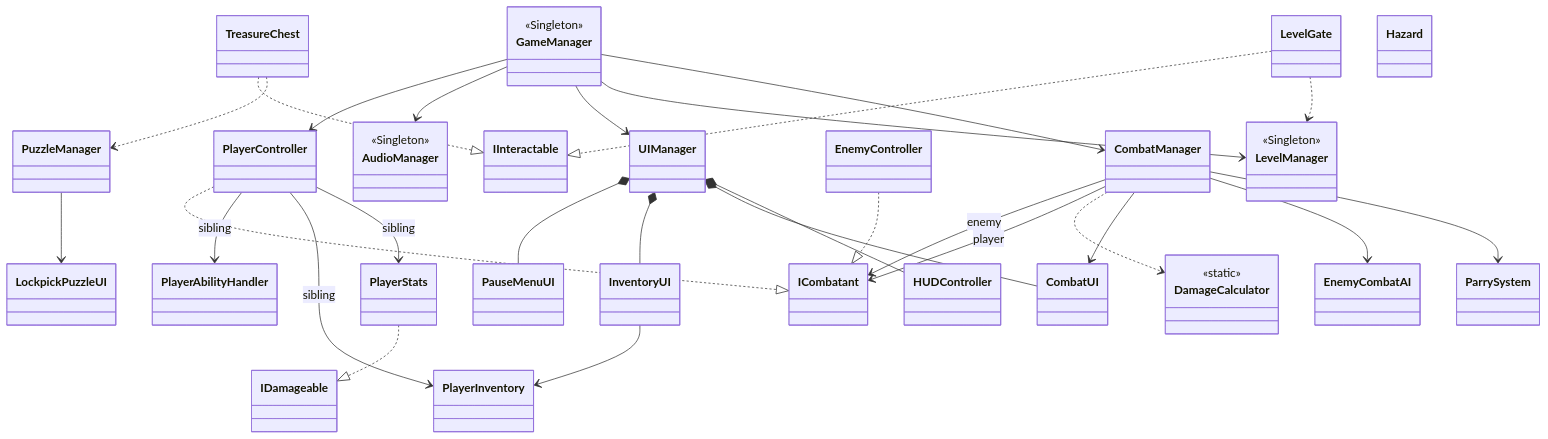
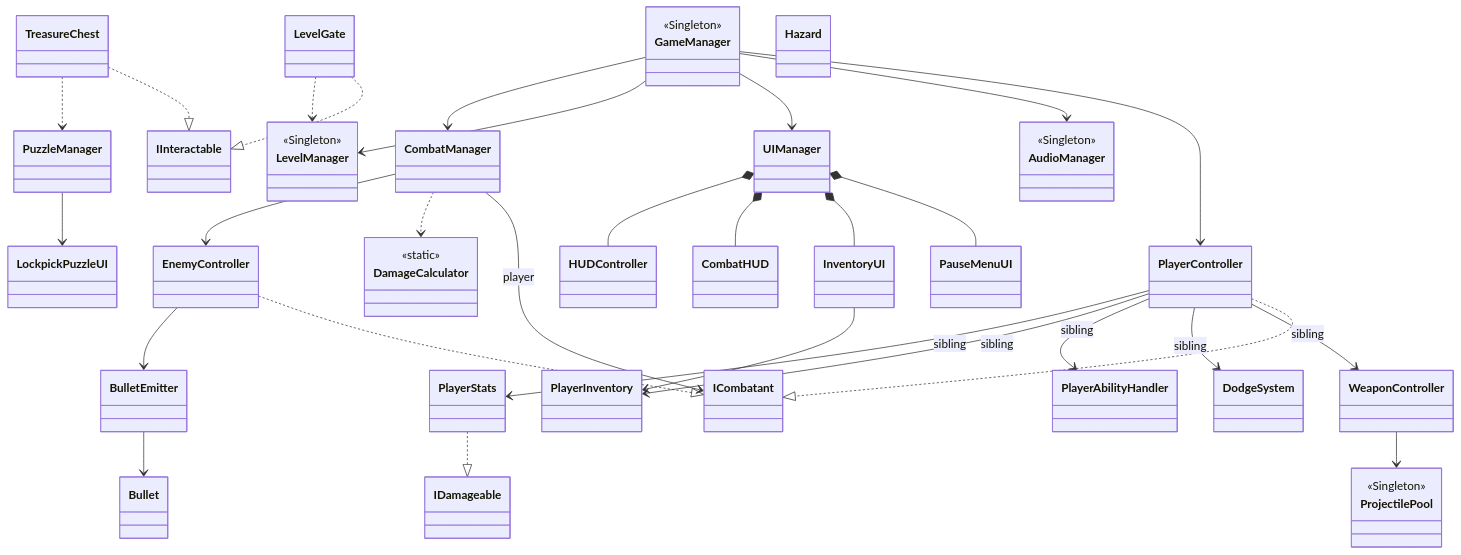
Diagram 11 of 11 in Documentation/TECHNICAL_PLAN.md (ben-hollinger/speg_code), drawn with Mermaid before and after one commit. The commit also changed other lines of this file, not shown here.

Commit message:
update TECHNICAL_PLAN.md for new bullet-hell-like combat system

````diff
--- a/Documentation/TECHNICAL_PLAN.md
+++ b/Documentation/TECHNICAL_PLAN.md
@@ -509,18 +530,23 @@
     class PlayerInventory
     class PlayerAbilityHandler
     class EnemyController
+    class BulletEmitter
+    class Bullet
     class DamageCalculator {
         <<static>>
     }
-    class ParrySystem
-    class EnemyCombatAI
+    class DodgeSystem
+    class WeaponController
+    class ProjectilePool {
+        <<Singleton>>
+    }
     class LevelGate
     class TreasureChest
     class Hazard
     class PuzzleManager
     class LockpickPuzzleUI
     class HUDController
-    class CombatUI
+    class CombatHUD
     class InventoryUI
     class PauseMenuUI
 
@@ -535,16 +561,19 @@
     PlayerController --> PlayerStats : sibling
     PlayerController --> PlayerInventory : sibling
     PlayerController --> PlayerAbilityHandler : sibling
+    PlayerController --> DodgeSystem : sibling
+    PlayerController --> WeaponController : sibling
 
     %% Combat
-    CombatManager --> ParrySystem
-    CombatManager --> EnemyCombatAI
-    CombatManager --> CombatUI
+    CombatManager --> EnemyController
     CombatManager ..> DamageCalculator
+    WeaponController --> ProjectilePool
+    BulletEmitter --> Bullet
+    EnemyController --> BulletEmitter
 
     %% UI composition
     UIManager *-- HUDController
-    UIManager *-- CombatUI
+    UIManager *-- CombatHUD
     UIManager *-- InventoryUI
     UIManager *-- PauseMenuUI
     InventoryUI --> PlayerInventory
@@ -565,5 +594,4 @@
 
     %% Combat uses interfaces
     CombatManager --> ICombatant : player
-    CombatManager --> ICombatant : enemy
 ```
````
